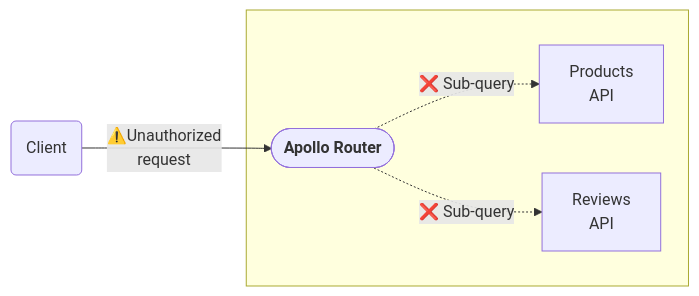
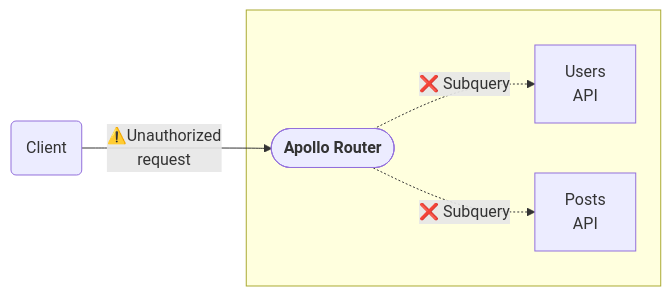
The first of 2 diagrams in docs/source/configuration/authorization.mdx (apollographql/router), drawn with Mermaid before and after one commit. The commit also changed other lines of this file, not shown here.

````diff
--- a/docs/source/configuration/authorization.mdx
+++ b/docs/source/configuration/authorization.mdx
@@ -17,11 +17,11 @@
 ```mermaid
 flowchart LR;
   clients(Client);
   subgraph Router[" "]
     router(["<b>Apollo Router</b>"]);
-    serviceB[Products<br/>API];
-    serviceC[Reviews<br/>API];
+    serviceB[Users<br/>API];
+    serviceC[Posts<br/>API];
   end
-  router -.->|"❌ Sub-query"| serviceB & serviceC;
+  router -.->|"❌ Subquery"| serviceB & serviceC;
   clients -->|"⚠️Unauthorized <br/>request"| router;
 ```
````
